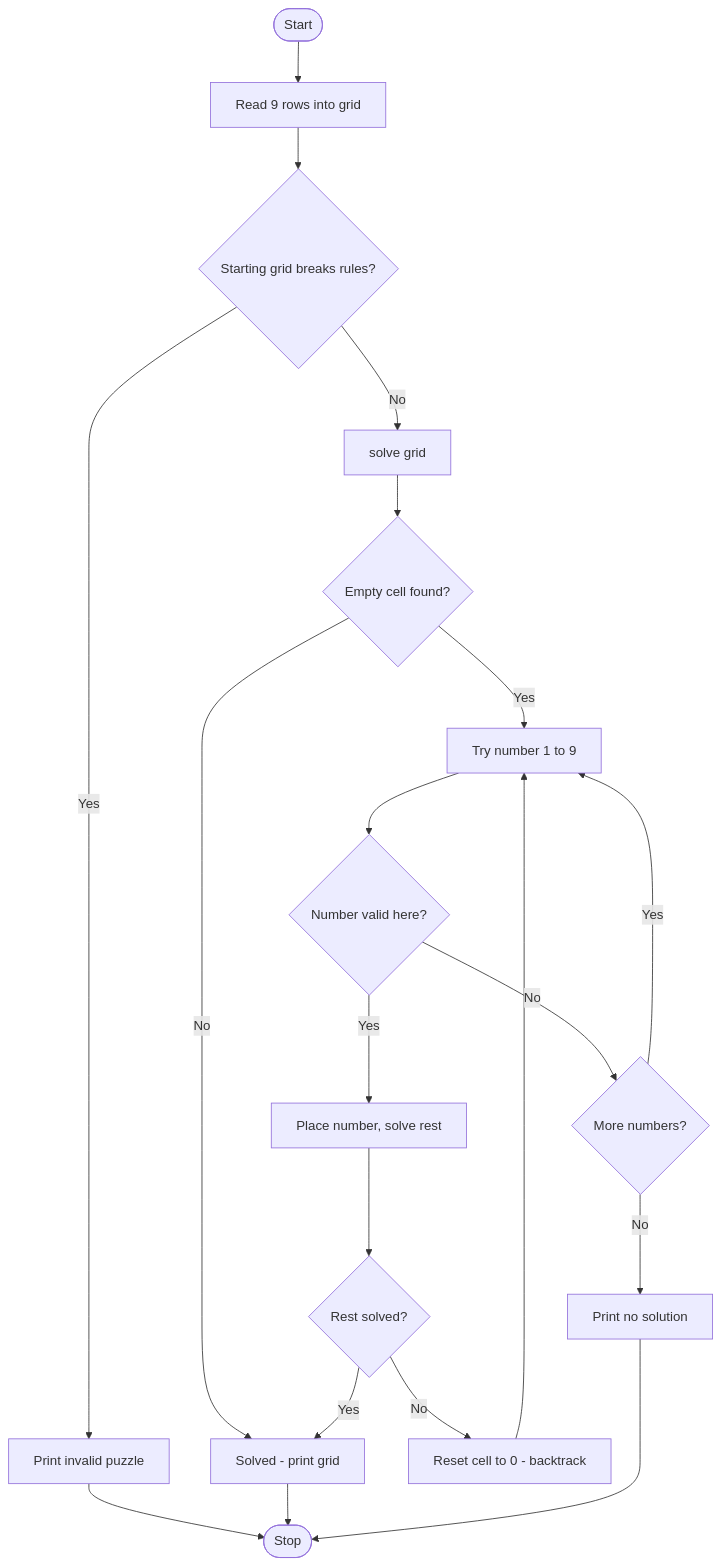
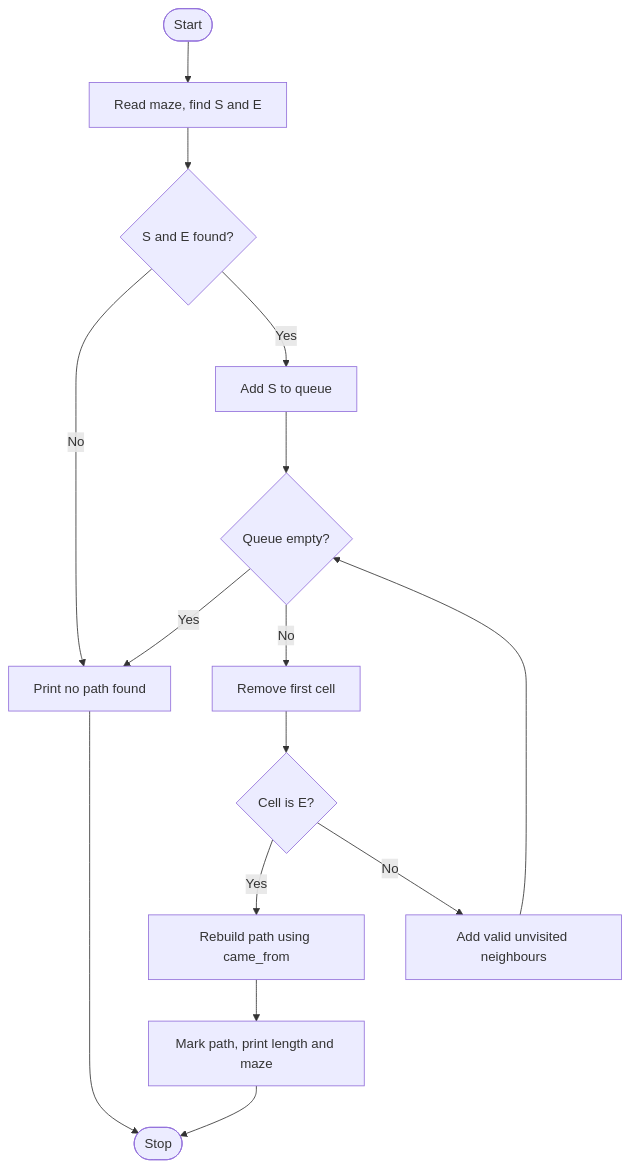
One commit to thevisionn/2026_27_cse4-264_python_programming changed the diagram in README.md. Above: the diagram before and after it, drawn with Mermaid. The commit also changed other lines of this file, not shown here.

````diff
--- a/README.md
+++ b/README.md
@@ -53,22 +53,17 @@
 ```mermaid
 flowchart TD
-A(["Start"]) --> B["Read 9 rows into grid"]
-B --> C{"Starting grid breaks rules?"}
-C -->|Yes| D["Print invalid puzzle"]
-C -->|No| E["solve grid"]
-E --> F{"Empty cell found?"}
-F -->|No| G["Solved - print grid"]
-F -->|Yes| H["Try number 1 to 9"]
-H --> I{"Number valid here?"}
-I -->|Yes| J["Place number, solve rest"]
-J --> K{"Rest solved?"}
-K -->|Yes| G
-K -->|No| L["Reset cell to 0 - backtrack"]
-L --> H
-I -->|No| M{"More numbers?"}
-M -->|Yes| H
-M -->|No| N["Print no solution"]
-D --> O(["Stop"])
-G --> O
-N --> O
+A(["Start"]) --> B["Read maze, find S and E"]
+B --> C{"S and E found?"}
+C -->|No| N["Print no path found"]
+C -->|Yes| D["Add S to queue"]
+D --> E{"Queue empty?"}
+E -->|Yes| N
+E -->|No| F["Remove first cell"]
+F --> G{"Cell is E?"}
+G -->|Yes| H["Rebuild path using came_from"]
+H --> I["Mark path, print length and maze"]
+G -->|No| J["Add valid unvisited neighbours"]
+J --> E
+N --> O(["Stop"])
+I --> O
 ```
````
